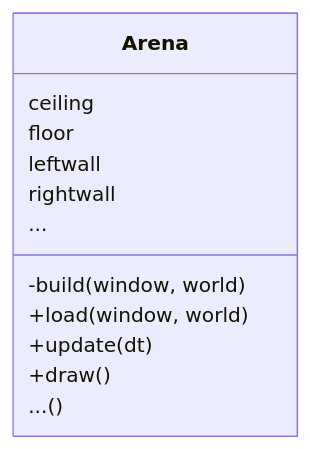
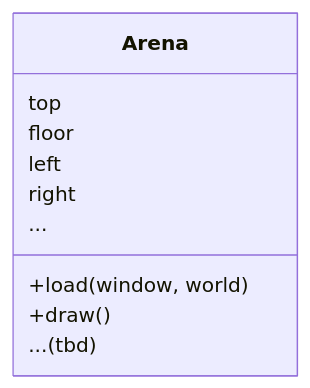
One commit to entitycs/WaMBaM changed the fourth of 8 diagrams in README.md. Above: the diagram before and after it, drawn with Mermaid. The commit also changed other lines of this file, not shown here.

````diff
--- a/README.md
+++ b/README.md
@@ -241,15 +237,13 @@
 ```mermaid
 classDiagram
   class Arena {
-    ceiling
+    top
     floor
-    leftwall
-    rightwall
+    left
+    right
     ...
-    -build(window, world)
     +load(window, world)
-    +update(dt)
     +draw()
-    ...()
+    ...(tbd)
   }
 ```
````
